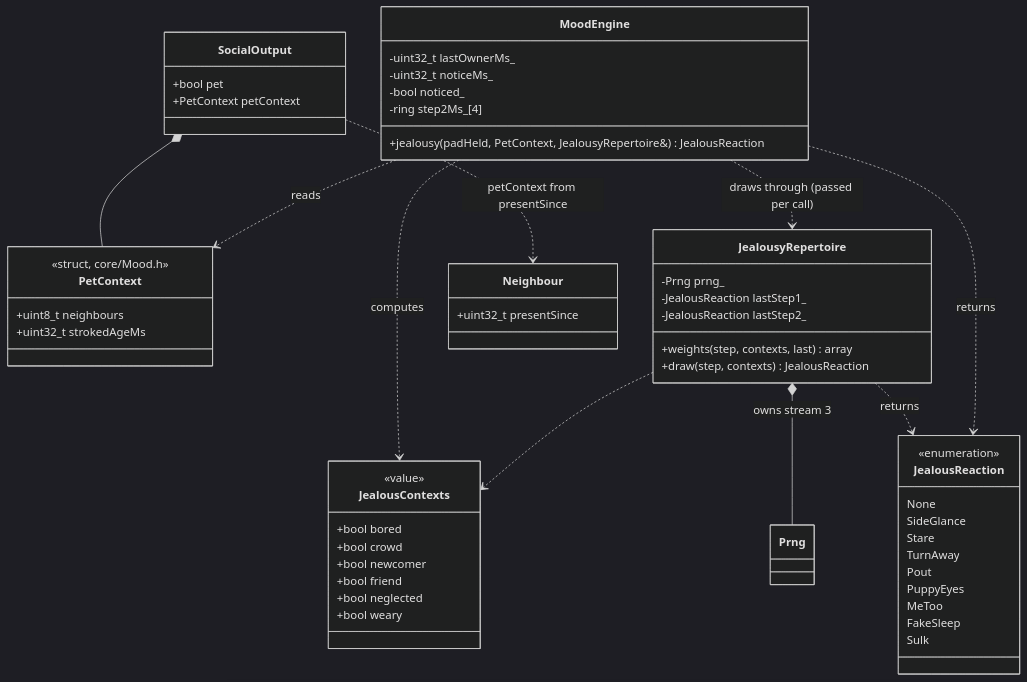
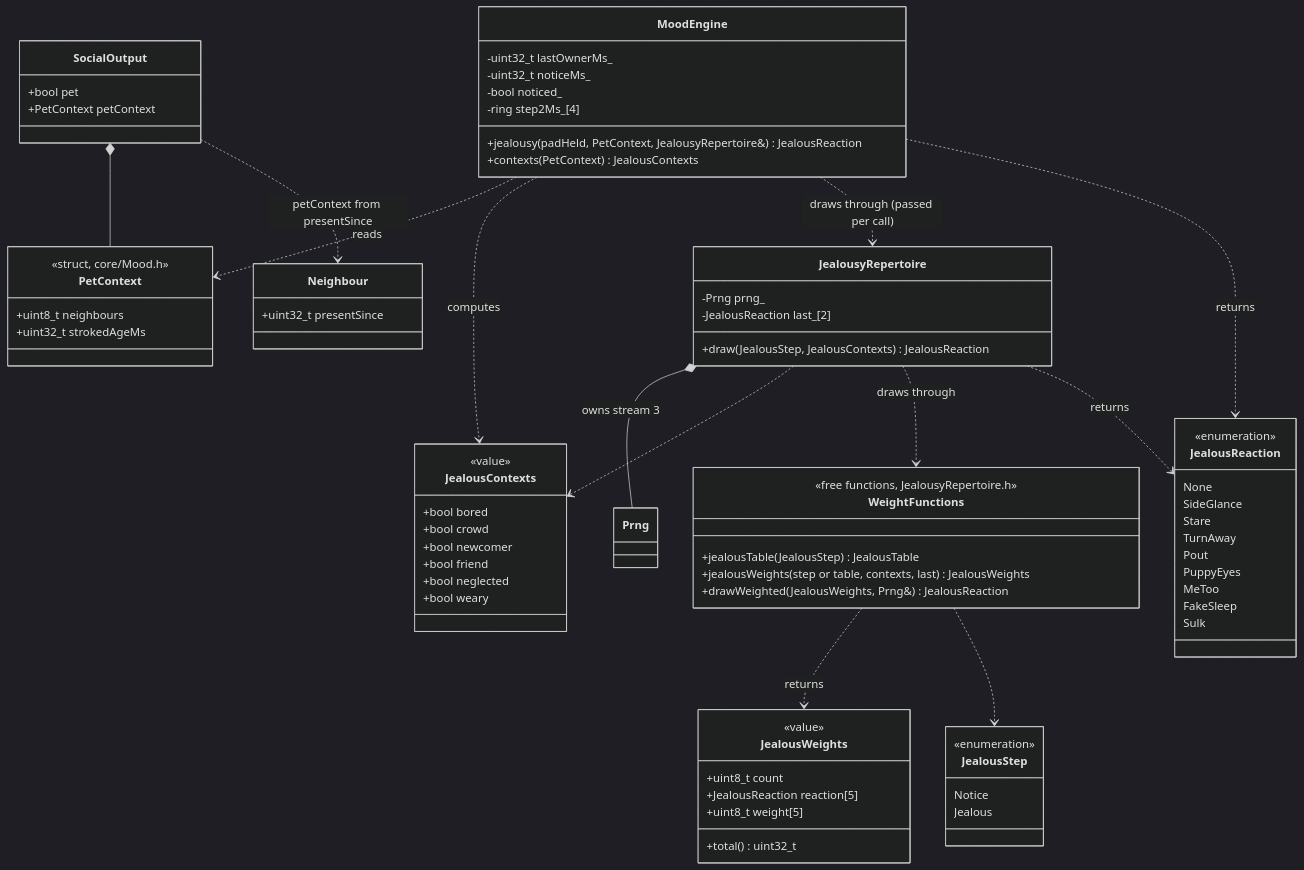
The diagram in docs/architecture/diagrams/social-group/04-class-jealousy.md (benoit-bremaud/cubbies), drawn with Mermaid (dark theme) before and after one commit. The commit also changed other lines of this file and 20 other files, not shown here.

First line of the commit message:
feat(social): G6a jealousy repertoire (crescendo, context weights, seeded draw) (#92)

````diff
--- a/docs/architecture/diagrams/social-group/04-class-jealousy.md
+++ b/docs/architecture/diagrams/social-group/04-class-jealousy.md
@@ -20,61 +20,81 @@
 ```mermaid
 classDiagram
   class PetContext {
     <<struct, core/Mood.h>>
     +uint8_t neighbours
     +uint32_t strokedAgeMs
   }
   class JealousContexts {
     <<value>>
     +bool bored
     +bool crowd
     +bool newcomer
     +bool friend
     +bool neglected
     +bool weary
   }
   class JealousReaction {
     <<enumeration>>
     None
     SideGlance
     Stare
     TurnAway
     Pout
     PuppyEyes
     MeToo
     FakeSleep
     Sulk
   }
+  class JealousStep {
+    <<enumeration>>
+    Notice
+    Jealous
+  }
+  class JealousWeights {
+    <<value>>
+    +uint8_t count
+    +JealousReaction reaction[5]
+    +uint8_t weight[5]
+    +total() uint32_t
+  }
   class JealousyRepertoire {
     -Prng prng_
-    -JealousReaction lastStep1_
-    -JealousReaction lastStep2_
-    +weights(step, contexts, last) array
-    +draw(step, contexts) JealousReaction
+    -JealousReaction last_[2]
+    +draw(JealousStep, JealousContexts) JealousReaction
+  }
+  class WeightFunctions {
+    <<free functions, JealousyRepertoire.h>>
+    +jealousTable(JealousStep) JealousTable
+    +jealousWeights(step or table, contexts, last) JealousWeights
+    +drawWeighted(JealousWeights, Prng&) JealousReaction
   }
   class MoodEngine {
     -uint32_t lastOwnerMs_
     -uint32_t noticeMs_
     -bool noticed_
     -ring step2Ms_[4]
     +jealousy(padHeld, PetContext, JealousyRepertoire&) JealousReaction
+    +contexts(PetContext) JealousContexts
   }
   class SocialOutput {
     +bool pet
     +PetContext petContext
   }
   class Neighbour {
     +uint32_t presentSince
   }
   class Prng
 
   SocialOutput *-- PetContext
   JealousyRepertoire *-- Prng : owns stream 3
   MoodEngine ..> PetContext : reads
   MoodEngine ..> JealousContexts : computes
   MoodEngine ..> JealousyRepertoire : draws through (passed per call)
   JealousyRepertoire ..> JealousContexts
+  JealousyRepertoire ..> WeightFunctions : draws through
+  WeightFunctions ..> JealousWeights : returns
+  WeightFunctions ..> JealousStep
   JealousyRepertoire ..> JealousReaction : returns
   MoodEngine ..> JealousReaction : returns
   SocialOutput ..> Neighbour : petContext from presentSince
 ```
````
